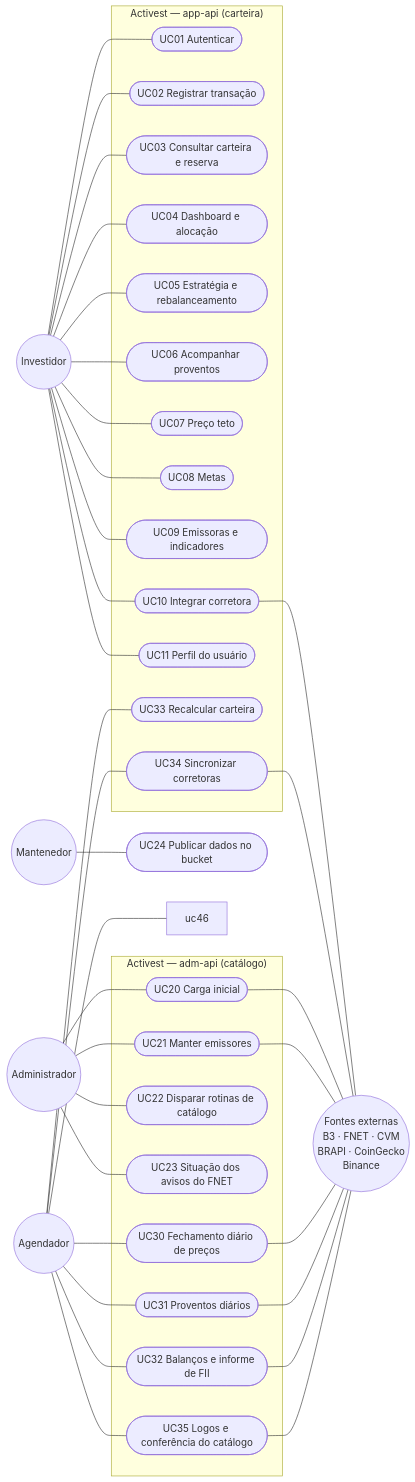
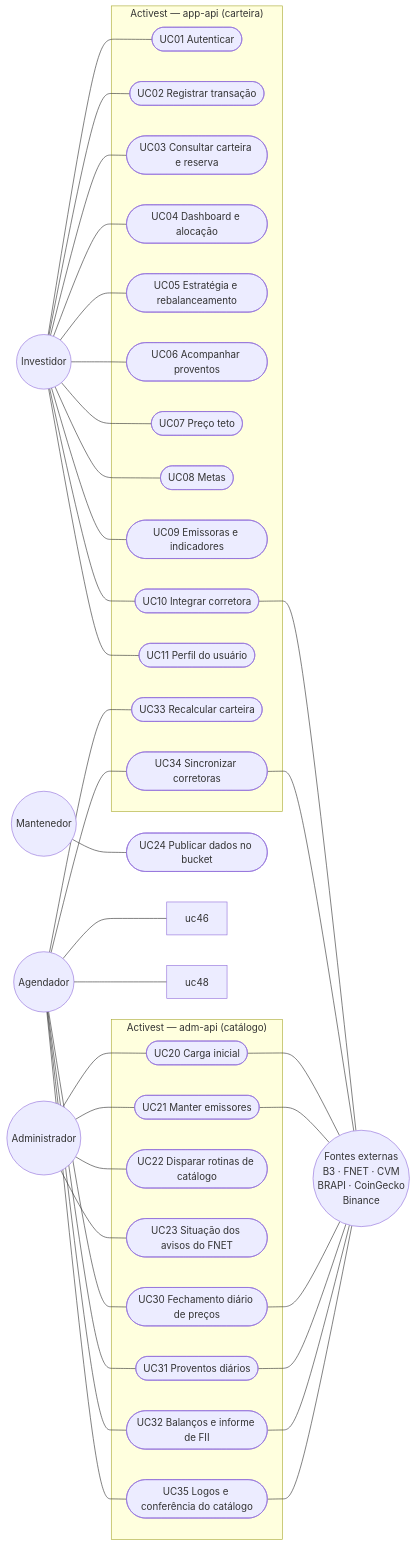
One commit to guilherme-dealmeida/activest changed the first of 8 diagrams in docs/USE_CASES.md. Above: the diagram before and after it, drawn with Mermaid. The commit also changed other lines of this file and 140 other files, not shown here.

````diff
--- a/docs/USE_CASES.md
+++ b/docs/USE_CASES.md
@@ -38,44 +38,44 @@
 ```mermaid
 flowchart LR
     inv(("Investidor"))
     adm(("Administrador"))
     mnt(("Mantenedor"))
     sch(("Agendador"))
     ext(("Fontes externas<br/>B3 · FNET · CVM<br/>BRAPI · CoinGecko<br/>Binance"))
 
     subgraph APP["Activest — app-api (carteira)"]
         uc01(["UC01 Autenticar"])
         uc02(["UC02 Registrar transação"])
         uc03(["UC03 Consultar carteira e reserva"])
         uc04(["UC04 Dashboard e alocação"])
         uc05(["UC05 Estratégia e rebalanceamento"])
         uc06(["UC06 Acompanhar proventos"])
         uc07(["UC07 Preço teto"])
         uc08(["UC08 Metas"])
         uc09(["UC09 Emissoras e indicadores"])
         uc10(["UC10 Integrar corretora"])
         uc11(["UC11 Perfil do usuário"])
         uc33(["UC33 Recalcular carteira"])
         uc34(["UC34 Sincronizar corretoras"])
     end
 
     subgraph ADM["Activest — adm-api (catálogo)"]
         uc20(["UC20 Carga inicial"])
         uc21(["UC21 Manter emissores"])
         uc22(["UC22 Disparar rotinas de catálogo"])
         uc23(["UC23 Situação dos avisos do FNET"])
         uc30(["UC30 Fechamento diário de preços"])
         uc31(["UC31 Proventos diários"])
         uc32(["UC32 Balanços e informe de FII"])
         uc35(["UC35 Logos e conferência do catálogo"])
     end
 
     uc24(["UC24 Publicar dados no bucket"])
 
     inv --- uc01 & uc02 & uc03 & uc04 & uc05 & uc06 & uc07 & uc08 & uc09 & uc10 & uc11
     adm --- uc20 & uc21 & uc22 & uc23
     mnt --- uc24
-    sch --- uc30 & uc31 & uc32 & uc35 & uc33 & uc46 & uc34
+    sch --- uc30 & uc31 & uc32 & uc35 & uc33 & uc46 & uc48 & uc34
     uc10 & uc34 --- ext
     uc20 & uc21 & uc30 & uc31 & uc32 & uc35 --- ext
 ```
````
